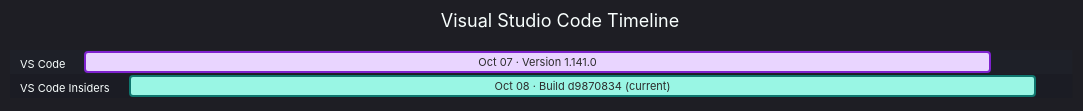
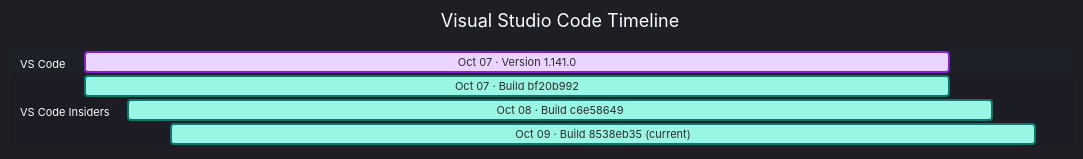
The diagram in docs/vscode.md (Oxelya-DevTools/VisualStudioUpdate), drawn with Mermaid before and after one commit. The commit also changed other lines of this file and 1 other file, not shown here.

````diff
--- a/docs/vscode.md
+++ b/docs/vscode.md
@@ -9,12 +9,14 @@
 ```mermaid
 %%{init: {'theme':'dark','themeVariables': { 'fontFamily': 'Segoe UI', 'fontSize': '24px', 'textColor': '#F3F4F6', 'titleTextColor': '#FFFFFF', 'taskTextColor': '#111827', 'taskTextLightColor': '#111827', 'taskTextOutsideColor': '#F3F4F6', 'taskBkgColor': '#BAE6FD', 'taskBorderColor': '#0369A1', 'doneTaskBkgColor': '#E9D5FF', 'doneTaskBorderColor': '#7E22CE', 'activeTaskBkgColor': '#99F6E4', 'activeTaskBorderColor': '#0F766E', 'critTaskBkgColor': '#FED7AA', 'critTaskBorderColor': '#C2410C', 'sectionBkgColor': '#1F2937', 'altSectionBkgColor': '#111827', 'gridColor': '#4B5563', 'todayLineColor': '#F87171' }}}%%
 gantt
     title Visual Studio Code Timeline
     dateFormat  YYYY-MM-DD
     axisFormat  %b
     tickInterval 1month
     section VS Code
     Oct 07 · Version 1.141.0 : done, vscode202610070, 2026-10-07, 20d
     section VS Code Insiders
-    Oct 08 · Build d9870834 (current) : active, vscodeinsiders202610080, 2026-10-08, 20d
+    Oct 07 · Build bf20b992 : active, vscodeinsiders202610070, 2026-10-07, 20d
+    Oct 08 · Build c6e58649 : active, vscodeinsiders202610081, 2026-10-08, 20d
+    Oct 09 · Build 8538eb35 (current) : active, vscodeinsiders202610092, 2026-10-09, 20d
 ```
````
